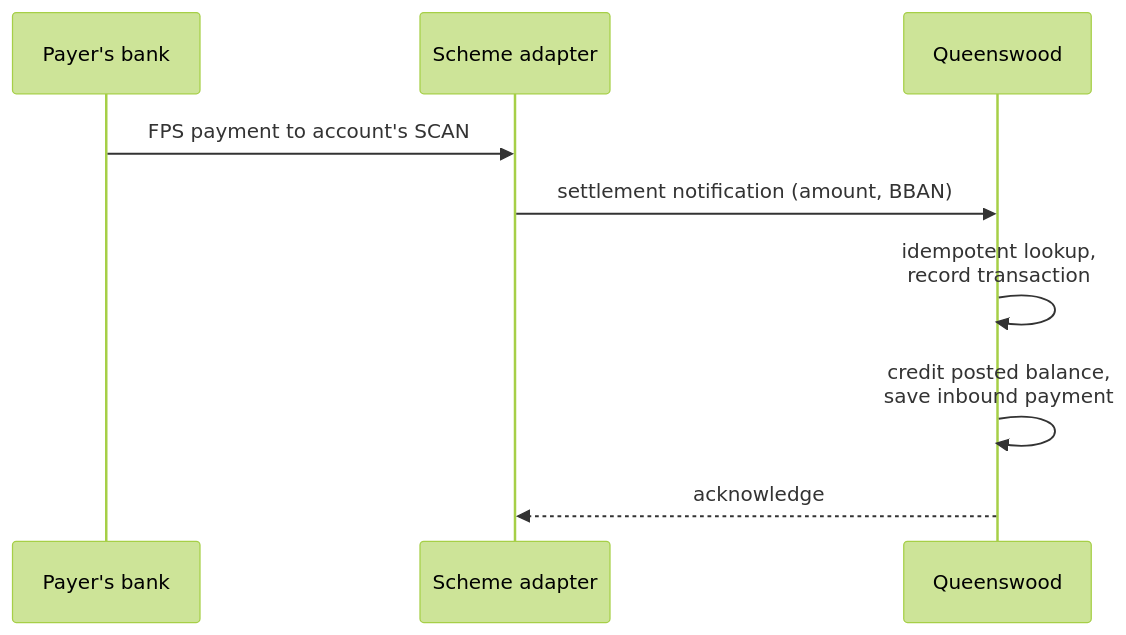
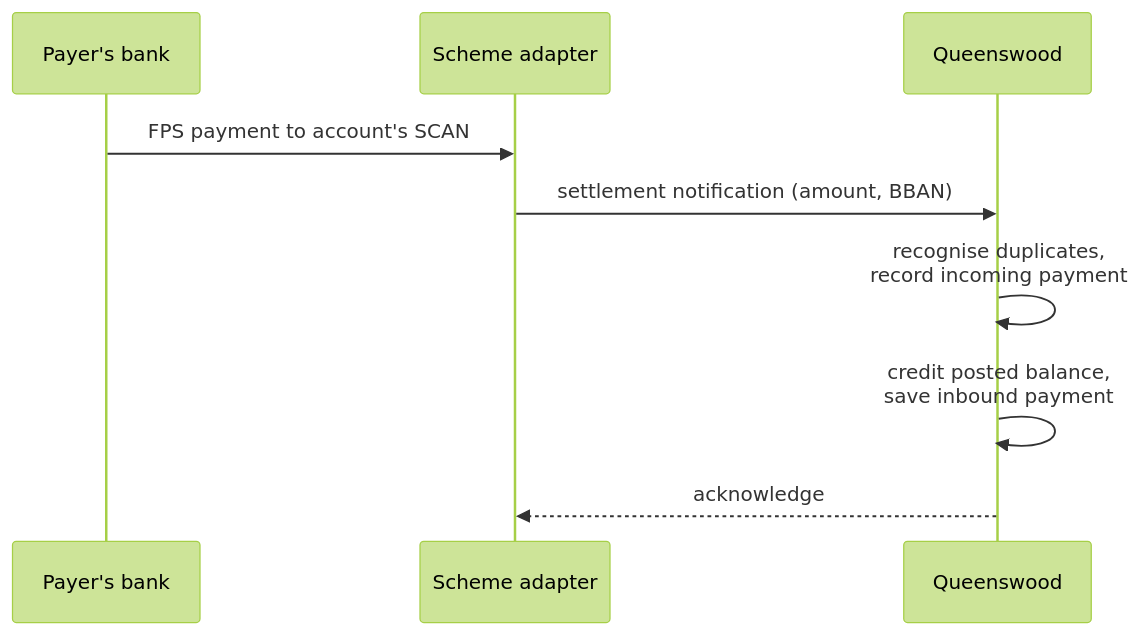
Before and after one commit to kjothen/queenswood: the fourth of 5 diagrams in docs/prd/platform.md, drawn with Mermaid (forest theme). The commit also changed other lines of this file and 5 other files, not shown here.

````diff
--- a/docs/prd/platform.md
+++ b/docs/prd/platform.md
@@ -211,12 +212,12 @@
 ```mermaid
 sequenceDiagram
     participant P as Payer's bank
     participant S as Scheme adapter
     participant Q as Queenswood
 
     P->>S: FPS payment to account's SCAN
     S->>Q: settlement notification (amount, BBAN)
-    Q->>Q: idempotent lookup,<br/>record transaction
+    Q->>Q: recognise duplicates,<br/>record incoming payment
     Q->>Q: credit posted balance,<br/>save inbound payment
     Q-->>S: acknowledge
 ```
````
